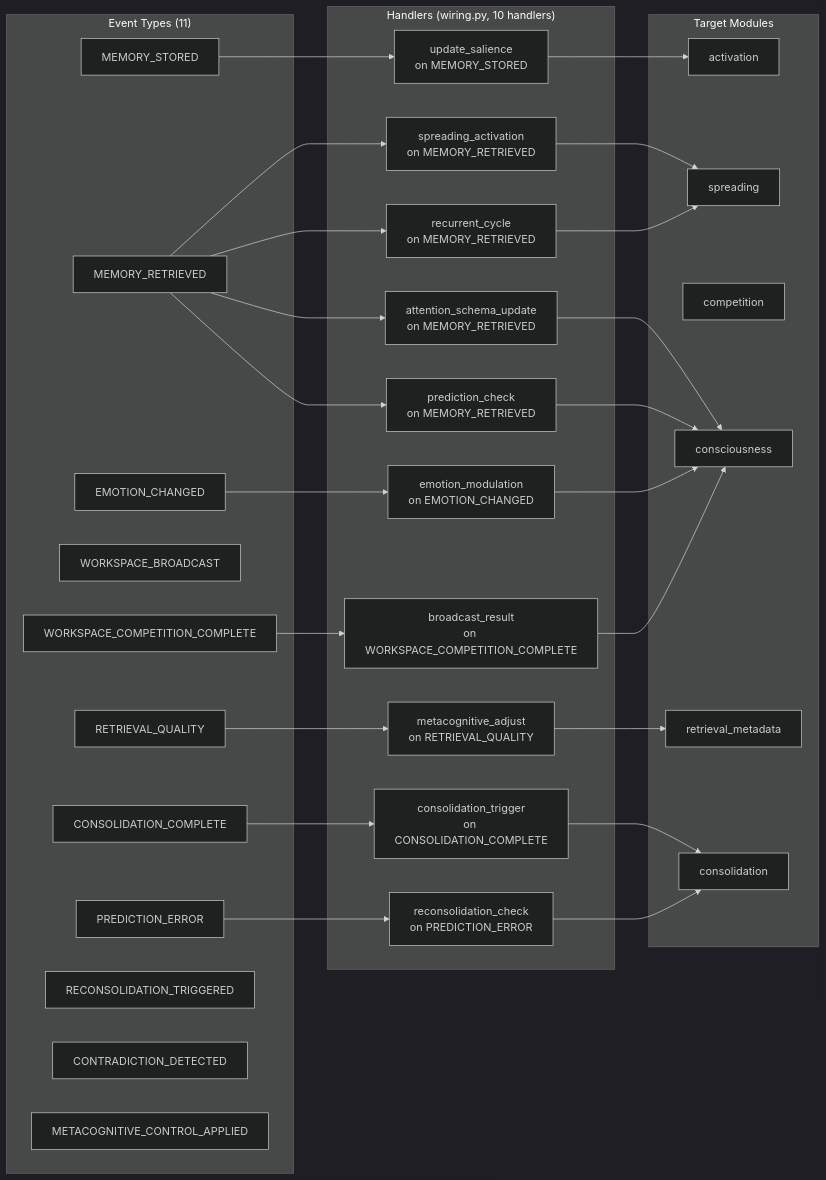
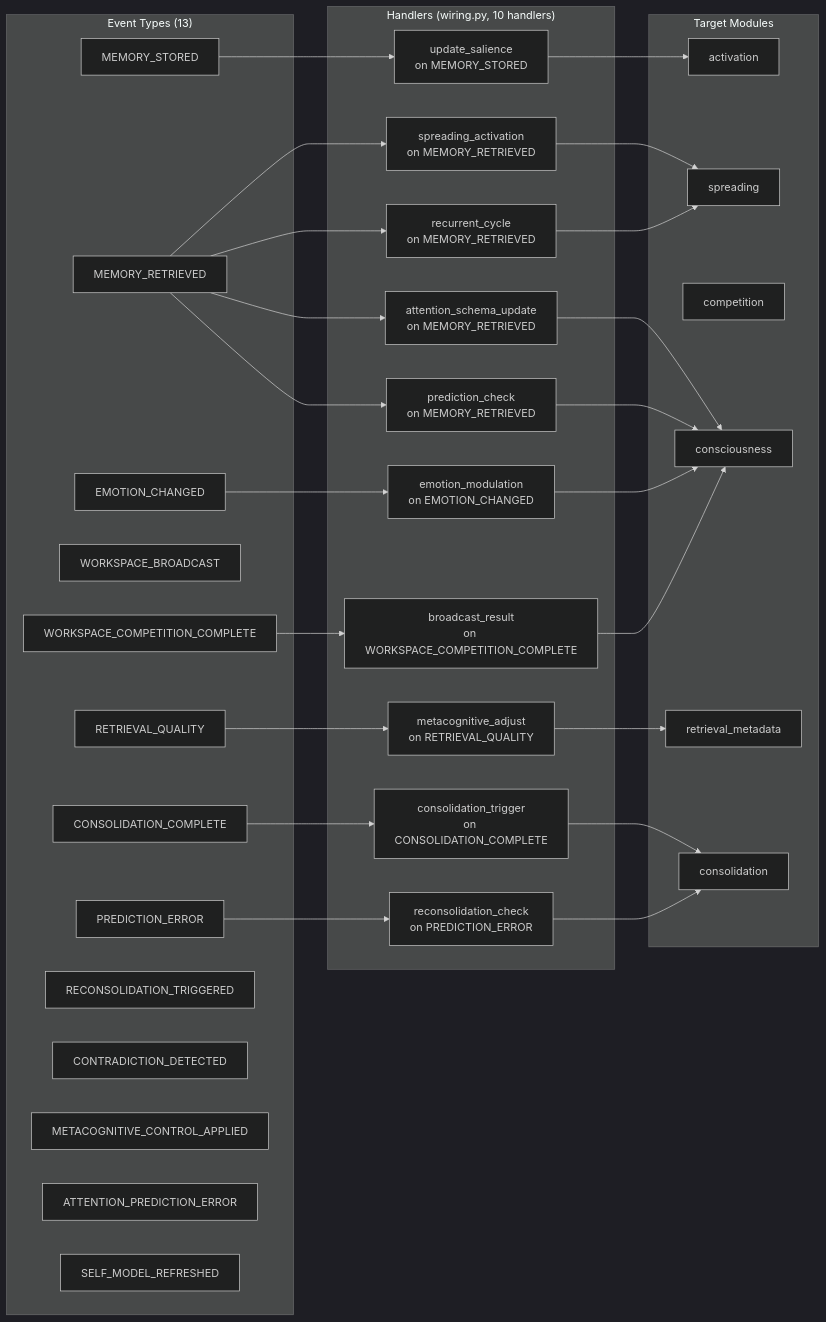
One commit to mrmanzana22/codi-memory changed the fifth of 7 diagrams in ARCHITECTURE.md. Above: the diagram before and after it, drawn with Mermaid (dark theme). The commit also changed other lines of this file, not shown here.

First line of the commit message:
fix: Apply 7 mandatory corrections from external architecture audit

````diff
--- a/ARCHITECTURE.md
+++ b/ARCHITECTURE.md
@@ -406,49 +404,51 @@
 ```mermaid
 graph LR
-    subgraph "Event Types (11)"
+    subgraph "Event Types (13)"
         MS_E[MEMORY_STORED]
         MR_E[MEMORY_RETRIEVED]
         EC_E[EMOTION_CHANGED]
         WB_E[WORKSPACE_BROADCAST]
         WC_E[WORKSPACE_COMPETITION_COMPLETE]
         RQ_E[RETRIEVAL_QUALITY]
         CC_E[CONSOLIDATION_COMPLETE]
         PE_E[PREDICTION_ERROR]
         RT_E[RECONSOLIDATION_TRIGGERED]
         CD_E[CONTRADICTION_DETECTED]
         MC_E[METACOGNITIVE_CONTROL_APPLIED]
+        AP_E[ATTENTION_PREDICTION_ERROR]
+        SR_E[SELF_MODEL_REFRESHED]
     end
 
     subgraph "Handlers (wiring.py, 10 handlers)"
         H1[update_salience<br/>on MEMORY_STORED]
         H2[spreading_activation<br/>on MEMORY_RETRIEVED]
         H3[recurrent_cycle<br/>on MEMORY_RETRIEVED]
         H4[attention_schema_update<br/>on MEMORY_RETRIEVED]
         H5[prediction_check<br/>on MEMORY_RETRIEVED]
         H6[emotion_modulation<br/>on EMOTION_CHANGED]
         H7[broadcast_result<br/>on WORKSPACE_COMPETITION_COMPLETE]
         H8[reconsolidation_check<br/>on PREDICTION_ERROR]
         H9[metacognitive_adjust<br/>on RETRIEVAL_QUALITY]
         H10[consolidation_trigger<br/>on CONSOLIDATION_COMPLETE]
     end
 
     subgraph "Target Modules"
         CON[consciousness]
         SP[spreading]
         CM[competition]
         RM[retrieval_metadata]
         CS[consolidation]
         ACT[activation]
     end
 
     MS_E --> H1 --> ACT
     MR_E --> H2 --> SP
     MR_E --> H3 --> SP
     MR_E --> H4 --> CON
     MR_E --> H5 --> CON
     EC_E --> H6 --> CON
     WC_E --> H7 --> CON
     PE_E --> H8 --> CS
     RQ_E --> H9 --> RM
     CC_E --> H10 --> CS
 ```
````
